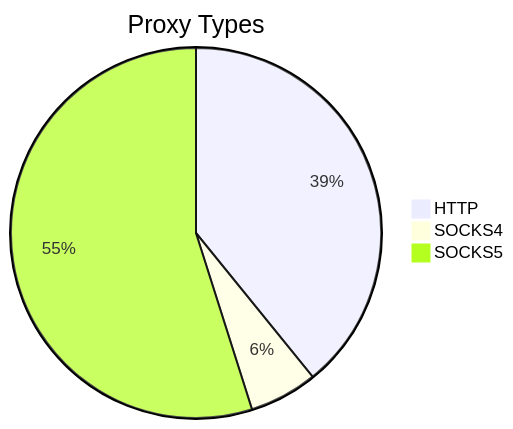
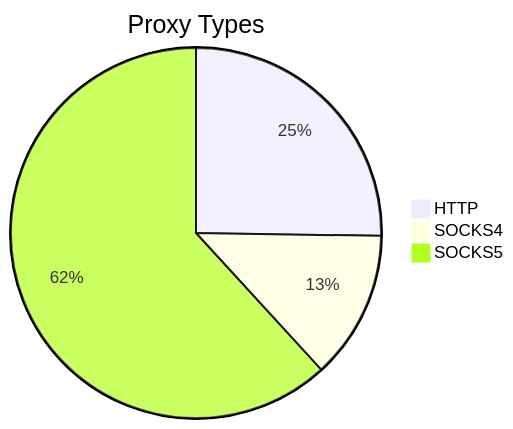
The first of 2 diagrams in README.md (stormsia/proxy-list), drawn with Mermaid before and after one commit. The commit also changed other lines of this file, not shown here.

````diff
--- a/README.md
+++ b/README.md
@@ -21,6 +21,6 @@
 ```mermaid
 pie title Proxy Types
-    "HTTP" : 92
-    "SOCKS4" : 14
-    "SOCKS5" : 129
+    "HTTP" : 154
+    "SOCKS4" : 79
+    "SOCKS5" : 377
 ```
````
